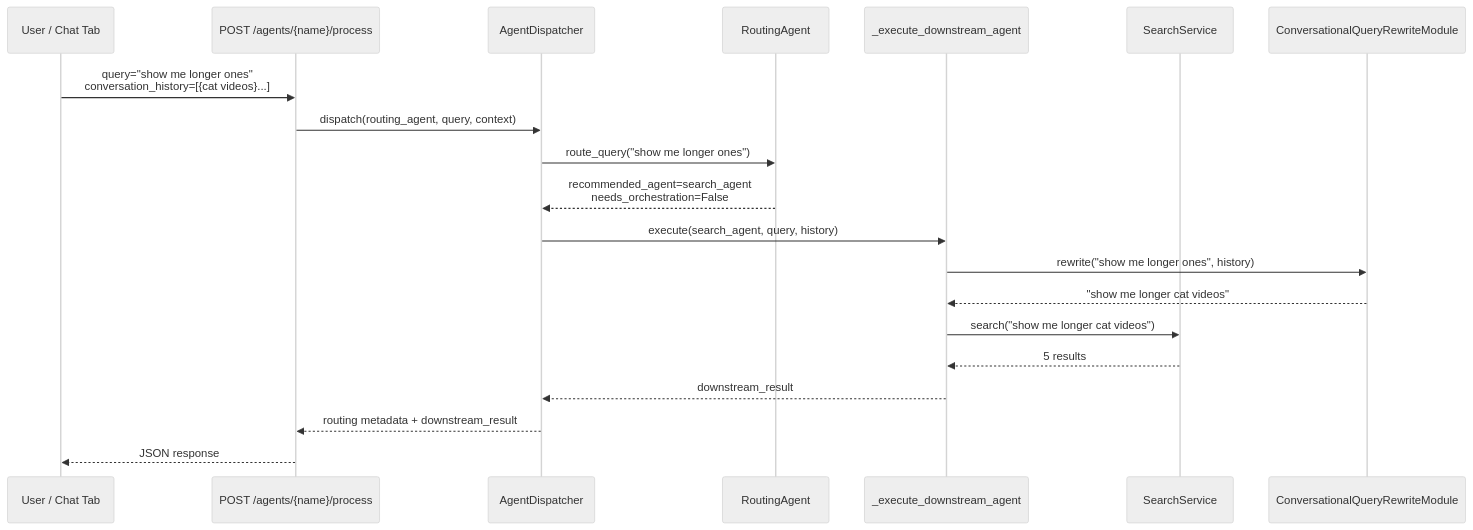
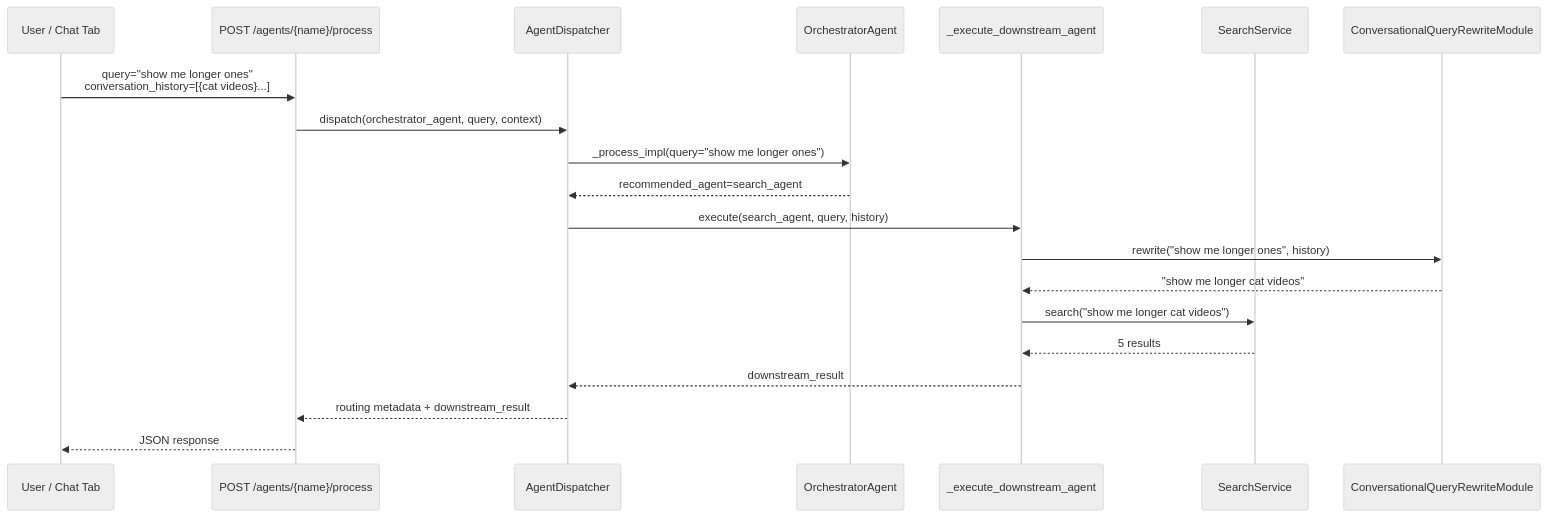
The diagram in docs/architecture/code_flow_examples.md (amit-jain/cogniverse), drawn with Mermaid (neutral theme) before and after one commit. The commit also changed other lines of this file and 75 other files, not shown here.

First line of the commit message:
Remove RoutingAgent and replace with OrchestratorAgent dispatch

````diff
--- a/docs/architecture/code_flow_examples.md
+++ b/docs/architecture/code_flow_examples.md
@@ -232,24 +226,24 @@
 ```mermaid
 sequenceDiagram
     participant U as User / Chat Tab
     participant REST as POST /agents/{name}/process
     participant D as AgentDispatcher
-    participant R as RoutingAgent
+    participant R as OrchestratorAgent
     participant DDA as _execute_downstream_agent
     participant S as SearchService
     participant QR as ConversationalQueryRewriteModule
 
     U->>REST: query="show me longer ones"<br/>conversation_history=[{cat videos}...]
-    REST->>D: dispatch(routing_agent, query, context)
-    D->>R: route_query("show me longer ones")
-    R-->>D: recommended_agent=search_agent<br/>needs_orchestration=False
+    REST->>D: dispatch(orchestrator_agent, query, context)
+    D->>R: _process_impl(query="show me longer ones")
+    R-->>D: recommended_agent=search_agent
 
     D->>DDA: execute(search_agent, query, history)
     DDA->>QR: rewrite("show me longer ones", history)
     QR-->>DDA: "show me longer cat videos"
     DDA->>S: search("show me longer cat videos")
     S-->>DDA: 5 results
     DDA-->>D: downstream_result
     D-->>REST: routing metadata + downstream_result
     REST-->>U: JSON response
 ```
````
